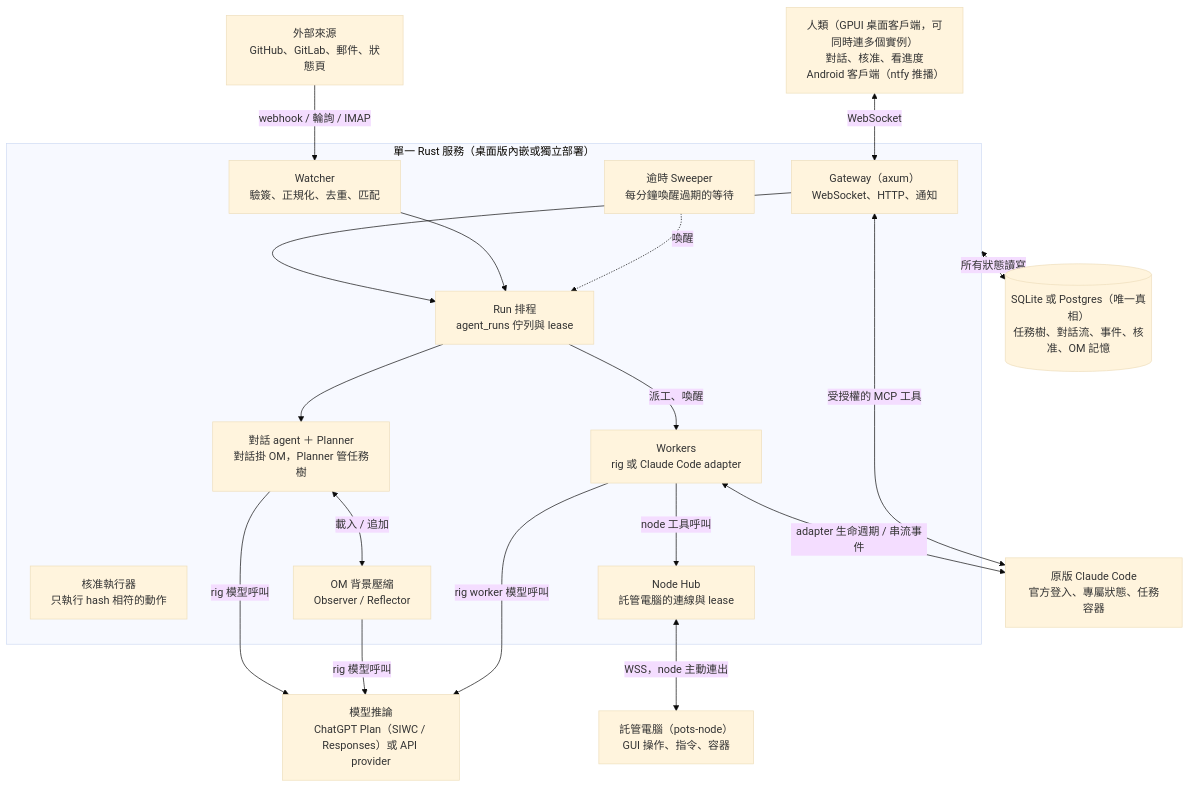
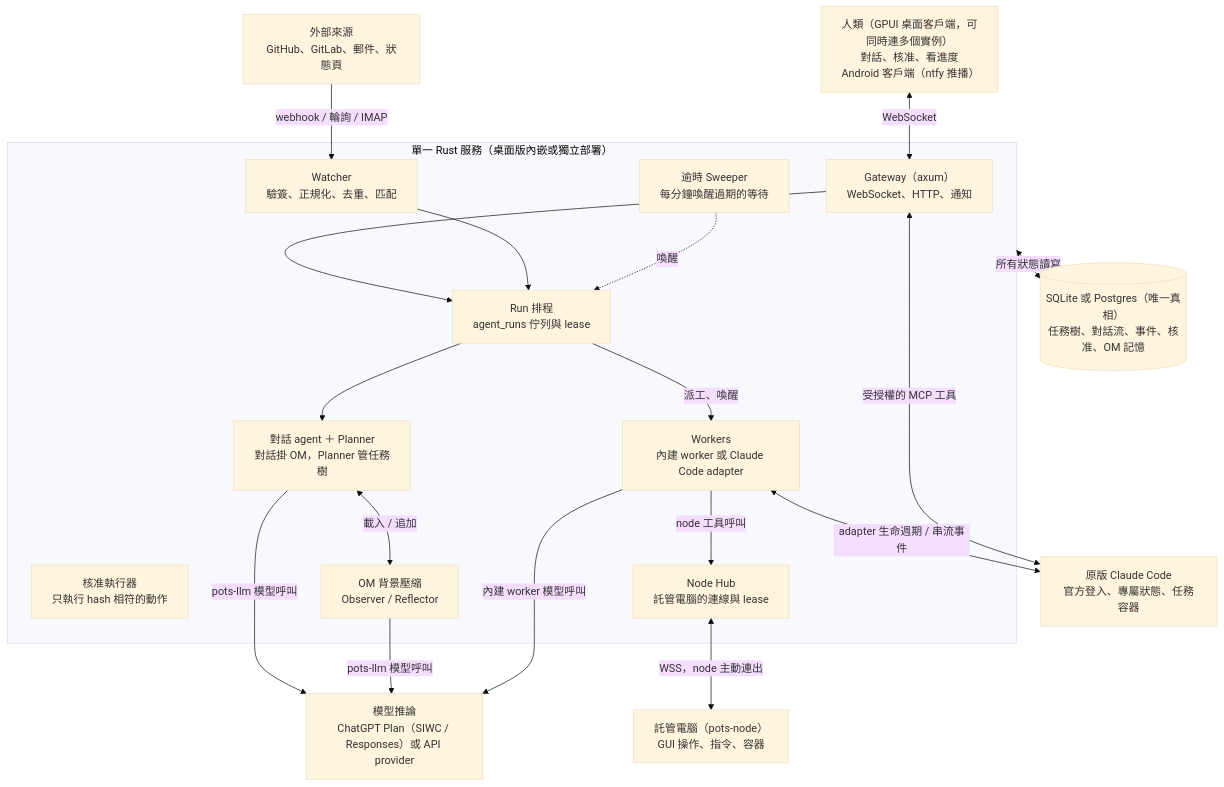
Before and after one commit to iceice666/pots: the diagram in proposal/architecture.md, drawn with Mermaid (base theme). The commit also changed other lines of this file and 10 other files, not shown here.

````diff
--- a/proposal/architecture.md
+++ b/proposal/architecture.md
@@ -9,40 +9,40 @@
 ```mermaid
 flowchart TB
     human["人類（GPUI 桌面客戶端，可同時連多個實例）<br/>對話、核准、看進度<br/>Android 客戶端（ntfy 推播）"]
     sources["外部來源<br/>GitHub、GitLab、郵件、狀態頁"]
 
     subgraph service["單一 Rust 服務（桌面版內嵌或獨立部署）"]
         gateway["Gateway（axum）<br/>WebSocket、HTTP、通知"]
         scheduler["Run 排程<br/>agent_runs 佇列與 lease"]
         watcher["Watcher<br/>驗簽、正規化、去重、匹配"]
         agents["對話 agent ＋ Planner<br/>對話掛 OM，Planner 管任務樹"]
-        workers["Workers<br/>rig 或 Claude Code adapter"]
+        workers["Workers<br/>內建 worker 或 Claude Code adapter"]
         approver["核准執行器<br/>只執行 hash 相符的動作"]
         om["OM 背景壓縮<br/>Observer / Reflector"]
         sweeper["逾時 Sweeper<br/>每分鐘喚醒過期的等待"]
         hub["Node Hub<br/>託管電腦的連線與 lease"]
     end
 
     node["託管電腦（pots-node）<br/>GUI 操作、指令、容器"]
 
     db[("SQLite 或 Postgres（唯一真相）<br/>任務樹、對話流、事件、核准、OM 記憶")]
     llm["模型推論<br/>ChatGPT Plan（SIWC / Responses）或 API provider"]
     claude["原版 Claude Code<br/>官方登入、專屬狀態、任務容器"]
 
     human <-->|WebSocket| gateway
     sources -->|"webhook / 輪詢 / IMAP"| watcher
     gateway --> scheduler
     watcher --> scheduler
     sweeper -.->|喚醒| scheduler
     scheduler --> agents
     scheduler -->|"派工、喚醒"| workers
     agents <-->|"載入 / 追加"| om
     service <-->|所有狀態讀寫| db
-    agents -->|rig 模型呼叫| llm
-    om -->|rig 模型呼叫| llm
-    workers -->|rig worker 模型呼叫| llm
+    agents -->|pots-llm 模型呼叫| llm
+    om -->|pots-llm 模型呼叫| llm
+    workers -->|內建 worker 模型呼叫| llm
     workers <-->|adapter 生命週期 / 串流事件| claude
     claude <-->|受授權的 MCP 工具| gateway
     workers -->|node 工具呼叫| hub
     hub <-->|"WSS，node 主動連出"| node
 ```
````
